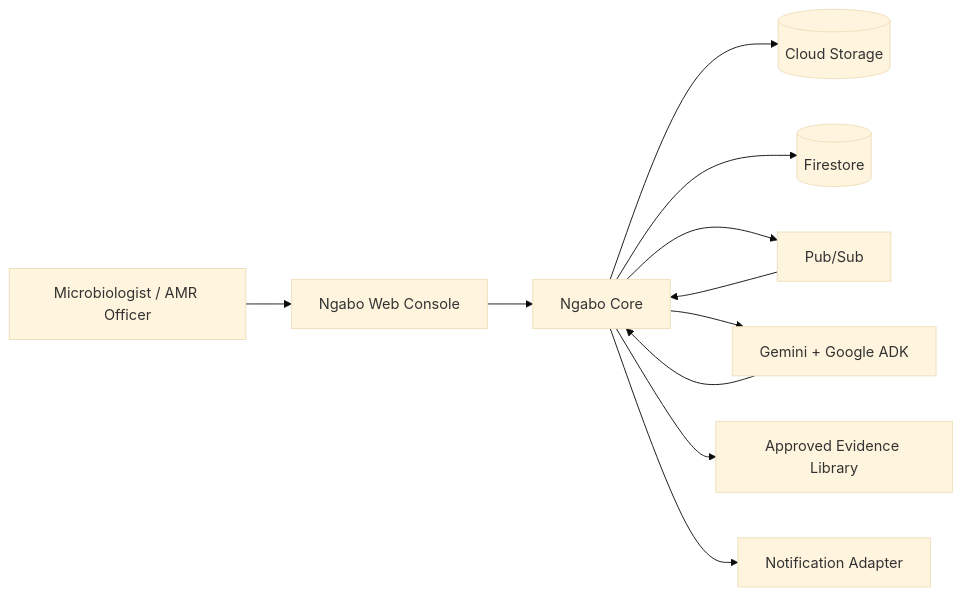
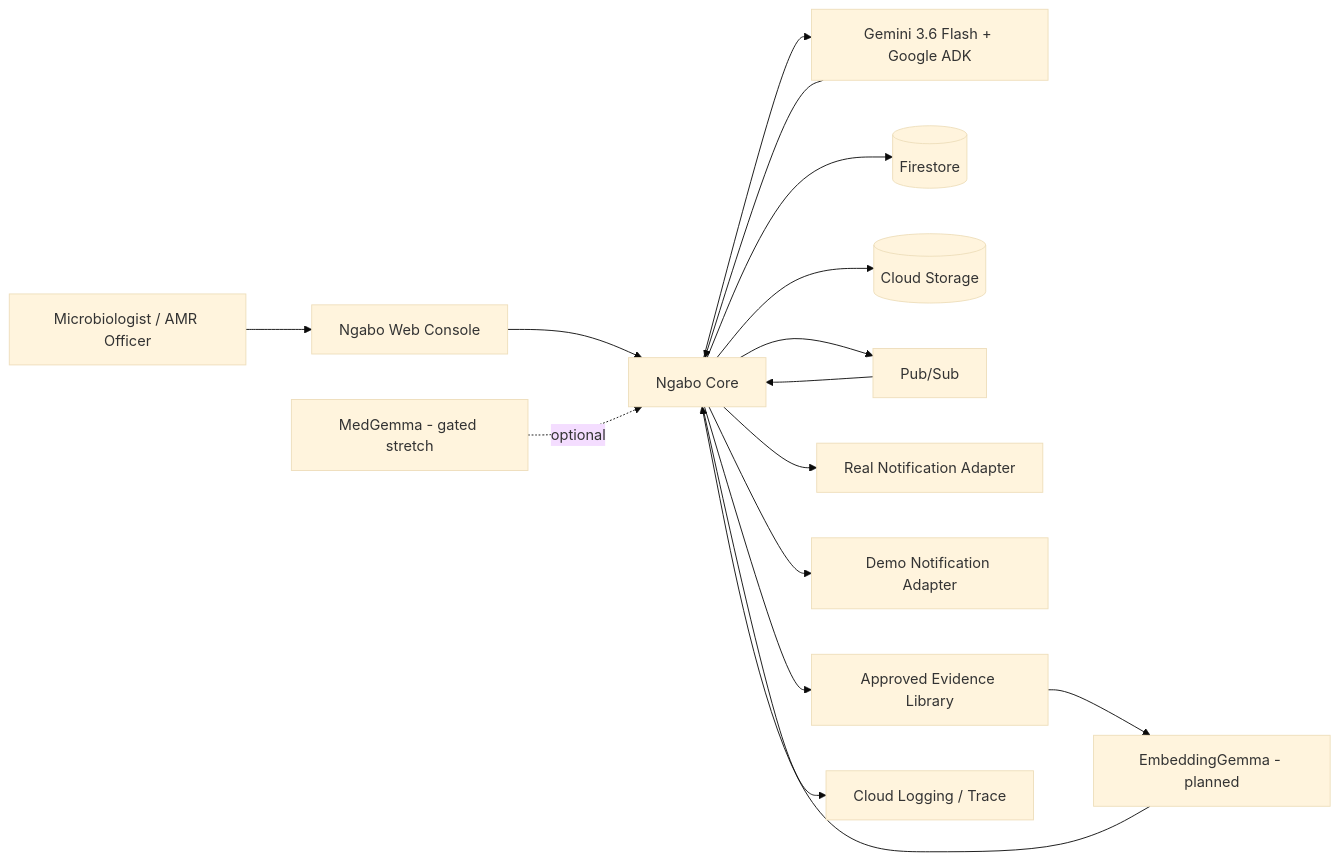
One commit to ronnielutaro/Ngabo-AMR-Surveillance changed the first of 10 diagrams in docs/SYSTEM_DESIGN.md. Above: the diagram before and after it, drawn with Mermaid (base theme). The commit also changed other lines of this file, not shown here.

````diff
--- a/docs/SYSTEM_DESIGN.md
+++ b/docs/SYSTEM_DESIGN.md
@@ -33,23 +40,32 @@
 ```mermaid
 flowchart LR
     U[Microbiologist / AMR Officer]
     W[Ngabo Web Console]
     C[Ngabo Core]
-    G[Gemini + Google ADK]
+    G[Gemini 3.6 Flash + Google ADK]
+    EG[EmbeddingGemma - planned]
+    MG[MedGemma - gated stretch]
     F[(Firestore)]
     S[(Cloud Storage)]
     P[Pub/Sub]
-    N[Notification Adapter]
+    N[Real Notification Adapter]
+    D[Demo Notification Adapter]
     E[Approved Evidence Library]
+    O[Cloud Logging / Trace]
 
     U --> W
     W --> C
     C --> S
     C --> F
     C --> P
     P --> C
     C --> G
     G --> C
     C --> E
+    E --> EG
+    EG --> C
+    MG -. optional .-> C
     C --> N
+    C --> D
+    C --> O
 ```
````
